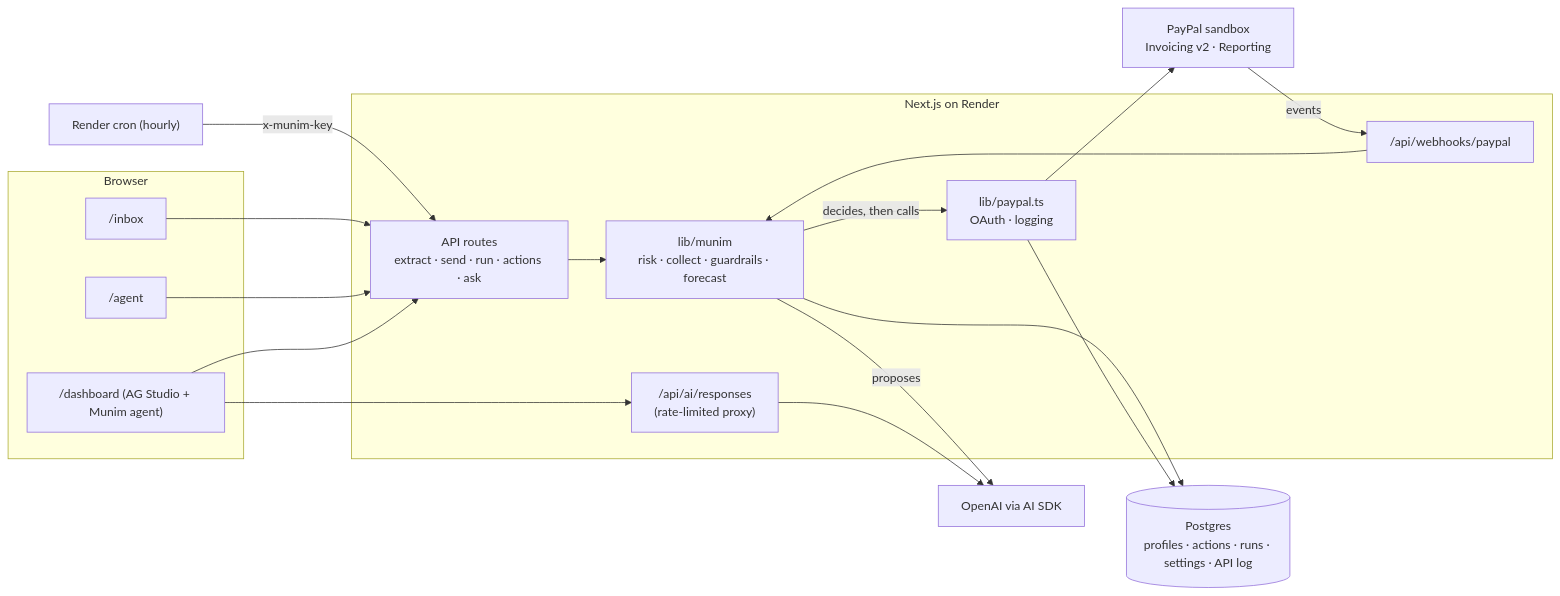
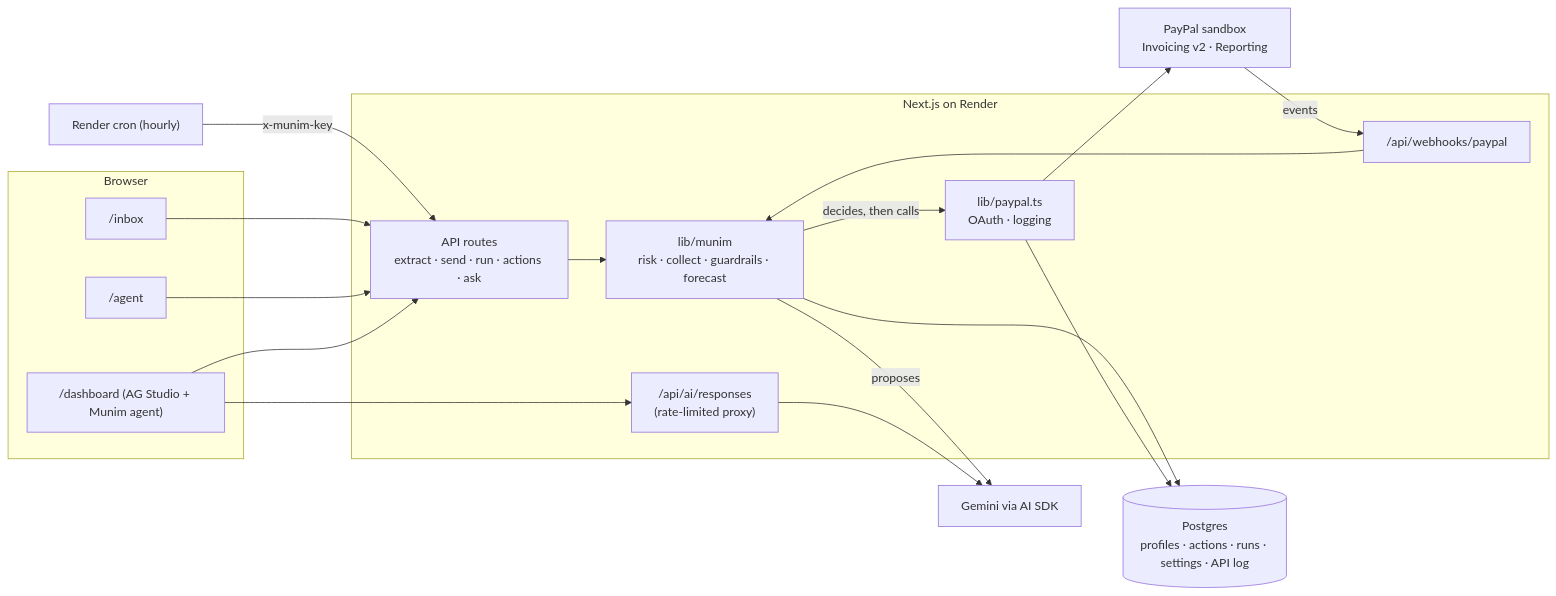
Before and after one commit to saminadamn/munim-ai-paypal-hackathon: the diagram in README.md, drawn with Mermaid. The commit also changed other lines of this file and 6 other files, not shown here.

First line of the commit message:
AI: switch Munim's model from OpenAI to Google Gemini (free tier)

````diff
--- a/README.md
+++ b/README.md
@@ -153,31 +153,31 @@
 ```mermaid
 flowchart LR
   subgraph Browser
     Inbox["/inbox"]
     Agent["/agent"]
     Dash["/dashboard (AG Studio + Munim agent)"]
   end
 
   subgraph "Next.js on Render"
     API["API routes<br/>extract · send · run · actions · ask"]
     Munim["lib/munim<br/>risk · collect · guardrails · forecast"]
     PP["lib/paypal.ts<br/>OAuth · logging"]
     WH["/api/webhooks/paypal"]
     AIP["/api/ai/responses<br/>(rate-limited proxy)"]
   end
 
   Cron["Render cron (hourly)"] -->|x-munim-key| API
   Inbox --> API
   Agent --> API
   Dash --> API
   Dash --> AIP
   API --> Munim
-  Munim -->|proposes| LLM["OpenAI via AI SDK"]
+  Munim -->|proposes| LLM["Gemini via AI SDK"]
   Munim -->|decides, then calls| PP
   PP --> PayPal["PayPal sandbox<br/>Invoicing v2 · Reporting"]
   PayPal -->|events| WH
   WH --> Munim
   AIP --> LLM
   Munim --> DB[("Postgres<br/>profiles · actions · runs · settings · API log")]
   PP --> DB
 ```
````
